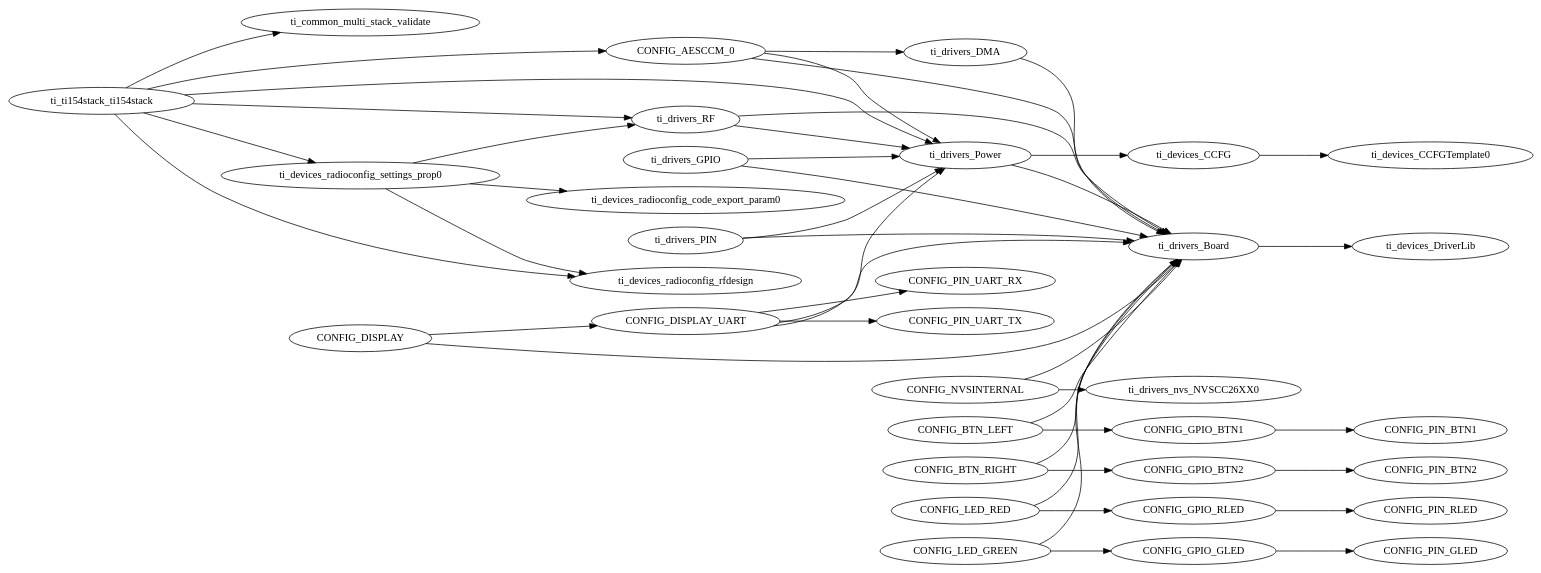
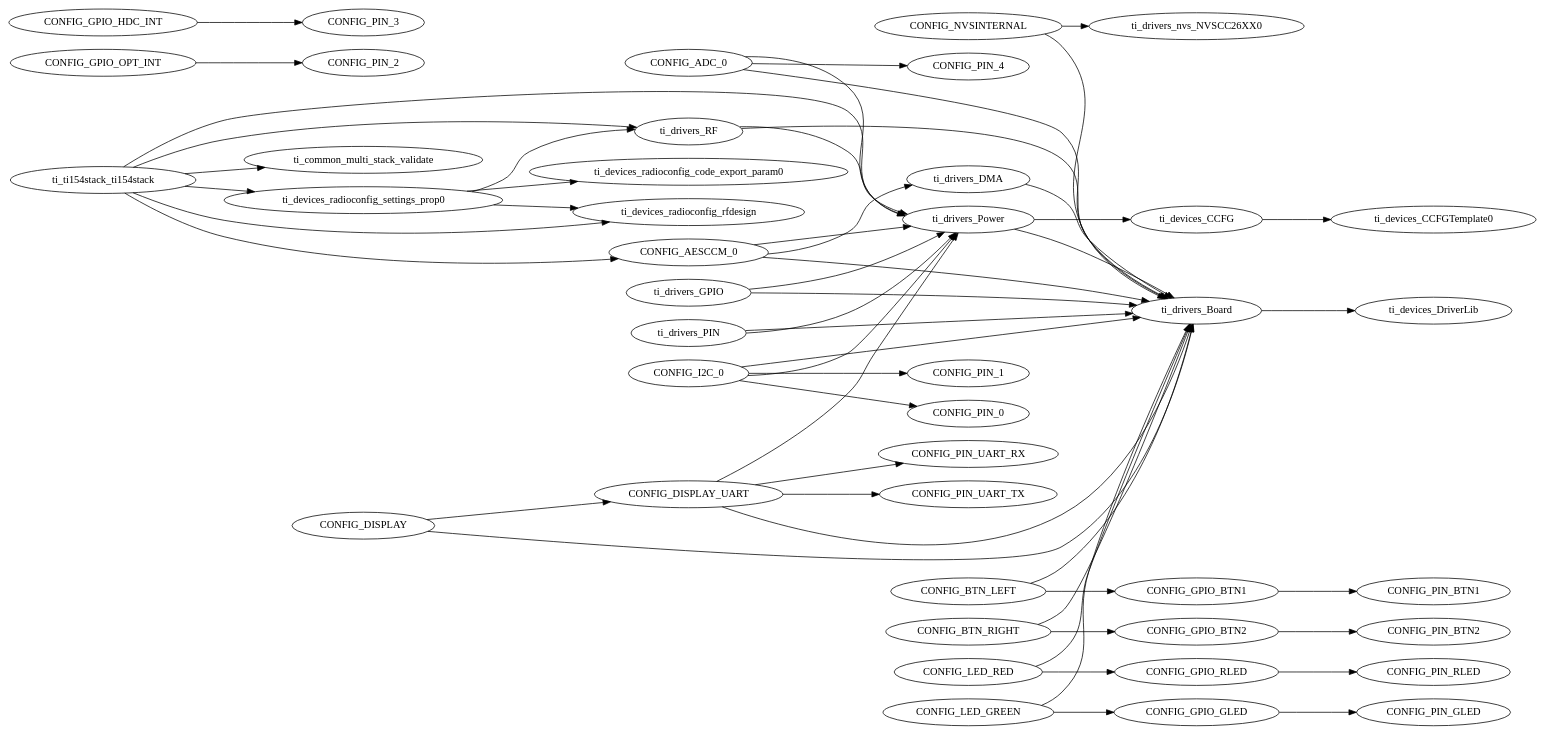
One commit to c1029324620/Flat-White changed the diagram in CC1352-WSN/TIRTOS/Assignment5/sensor_CC1352R1_LAUNCHXL_tirtos_ccs/Release/syscfg/ti_utils_runtime_model.gv. Above: the diagram before and after it, drawn with Graphviz. The commit also changed 107 other files, not shown here.

```diff
--- a/CC1352-WSN/TIRTOS/Assignment5/sensor_CC1352R1_LAUNCHXL_tirtos_ccs/Release/syscfg/ti_utils_runtime_model.gv
+++ b/CC1352-WSN/TIRTOS/Assignment5/sensor_CC1352R1_LAUNCHXL_tirtos_ccs/Release/syscfg/ti_utils_runtime_model.gv
@@ -1,91 +1,104 @@
 digraph Model
 {
     graph[rankdir=LR]
 
     // mod.$name=/ti/common/multi_stack_validate
 
     // mod.$name=/ti/devices/CCFG
     ti_devices_CCFG -> ti_devices_CCFGTemplate0
 
     // mod.$name=/ti/devices/CCFGTemplate
 
     // mod.$name=/ti/devices/DriverLib
 
     // mod.$name=/ti/devices/radioconfig/code_export_param
 
     // mod.$name=/ti/devices/radioconfig/rfdesign
 
     // mod.$name=/ti/devices/radioconfig/settings/prop
     ti_devices_radioconfig_settings_prop0 -> ti_drivers_RF
     ti_devices_radioconfig_settings_prop0 -> ti_devices_radioconfig_rfdesign
     ti_devices_radioconfig_settings_prop0 -> ti_devices_radioconfig_code_export_param0
 
     // mod.$name=/ti/display/Display
     CONFIG_DISPLAY -> ti_drivers_Board
     CONFIG_DISPLAY -> CONFIG_DISPLAY_UART
 
+    // mod.$name=/ti/drivers/ADC
+    CONFIG_ADC_0 -> ti_drivers_Power
+    CONFIG_ADC_0 -> ti_drivers_Board
+    CONFIG_ADC_0 -> CONFIG_PIN_4
+
     // mod.$name=/ti/drivers/AESCCM
     CONFIG_AESCCM_0 -> ti_drivers_DMA
     CONFIG_AESCCM_0 -> ti_drivers_Power
     CONFIG_AESCCM_0 -> ti_drivers_Board
 
     // mod.$name=/ti/drivers/Board
     ti_drivers_Board -> ti_devices_DriverLib
 
     // mod.$name=/ti/drivers/DMA
     ti_drivers_DMA -> ti_drivers_Board
 
     // mod.$name=/ti/drivers/GPIO
     ti_drivers_GPIO -> ti_drivers_Power
     ti_drivers_GPIO -> ti_drivers_Board
+    CONFIG_GPIO_OPT_INT -> CONFIG_PIN_2
+    CONFIG_GPIO_HDC_INT -> CONFIG_PIN_3
     CONFIG_GPIO_BTN1 -> CONFIG_PIN_BTN1
     CONFIG_GPIO_BTN2 -> CONFIG_PIN_BTN2
     CONFIG_GPIO_RLED -> CONFIG_PIN_RLED
     CONFIG_GPIO_GLED -> CONFIG_PIN_GLED
+
+    // mod.$name=/ti/drivers/I2C
+    CONFIG_I2C_0 -> ti_drivers_Power
+    CONFIG_I2C_0 -> ti_drivers_Board
+    CONFIG_I2C_0 -> CONFIG_PIN_0
+    CONFIG_I2C_0 -> CONFIG_PIN_1
 
     // mod.$name=/ti/drivers/NVS
     CONFIG_NVSINTERNAL -> ti_drivers_Board
     CONFIG_NVSINTERNAL -> ti_drivers_nvs_NVSCC26XX0
 
     // mod.$name=/ti/drivers/PIN
     ti_drivers_PIN -> ti_drivers_Power
     ti_drivers_PIN -> ti_drivers_Board
 
     // mod.$name=/ti/drivers/Power
     ti_drivers_Power -> ti_devices_CCFG
     ti_drivers_Power -> ti_drivers_Board
 
     // mod.$name=/ti/drivers/RF
     ti_drivers_RF -> ti_drivers_Power
     ti_drivers_RF -> ti_drivers_Board
 
     // mod.$name=/ti/drivers/RTOS
 
     // mod.$name=/ti/drivers/UART
     CONFIG_DISPLAY_UART -> ti_drivers_Power
     CONFIG_DISPLAY_UART -> ti_drivers_Board
     CONFIG_DISPLAY_UART -> CONFIG_PIN_UART_TX
     CONFIG_DISPLAY_UART -> CONFIG_PIN_UART_RX
 
     // mod.$name=/ti/drivers/apps/Button
     CONFIG_BTN_LEFT -> ti_drivers_Board
     CONFIG_BTN_RIGHT -> ti_drivers_Board
     CONFIG_BTN_LEFT -> CONFIG_GPIO_BTN1
     CONFIG_BTN_RIGHT -> CONFIG_GPIO_BTN2
 
     // mod.$name=/ti/drivers/apps/LED
     CONFIG_LED_RED -> ti_drivers_Board
     CONFIG_LED_GREEN -> ti_drivers_Board
     CONFIG_LED_RED -> CONFIG_GPIO_RLED
     CONFIG_LED_GREEN -> CONFIG_GPIO_GLED
 
     // mod.$name=/ti/drivers/nvs/NVSCC26XX
 
     // mod.$name=/ti/ti154stack/ti154stack
     ti_ti154stack_ti154stack -> ti_common_multi_stack_validate
     ti_ti154stack_ti154stack -> ti_devices_radioconfig_rfdesign
     ti_ti154stack_ti154stack -> ti_drivers_RF
     ti_ti154stack_ti154stack -> ti_drivers_Power
     ti_ti154stack_ti154stack -> ti_devices_radioconfig_settings_prop0
     ti_ti154stack_ti154stack -> CONFIG_AESCCM_0
 }
```
